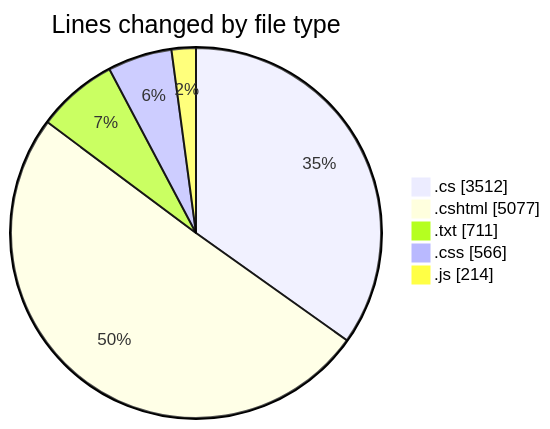
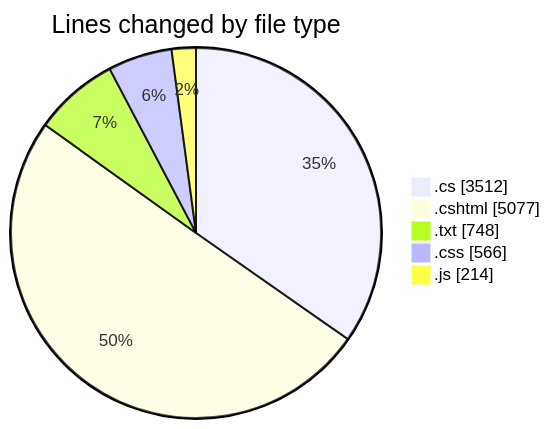
Before and after one commit to lephambinh05/code-tracking: the first of 2 diagrams in 2025-07-28/quanlyrapchieuphim-1/README.md, drawn with Mermaid. The commit also changed other lines of this file and 1 other file, not shown here.

````diff
--- a/2025-07-28/quanlyrapchieuphim-1/README.md
+++ b/2025-07-28/quanlyrapchieuphim-1/README.md
@@ -41,9 +41,9 @@
 ```mermaid
 pie showData
 title Lines changed by file type
 ".cs" : 3512
 ".cshtml" : 5077
-".txt" : 711
+".txt" : 748
 ".css" : 566
 ".js" : 214
 ```
````
